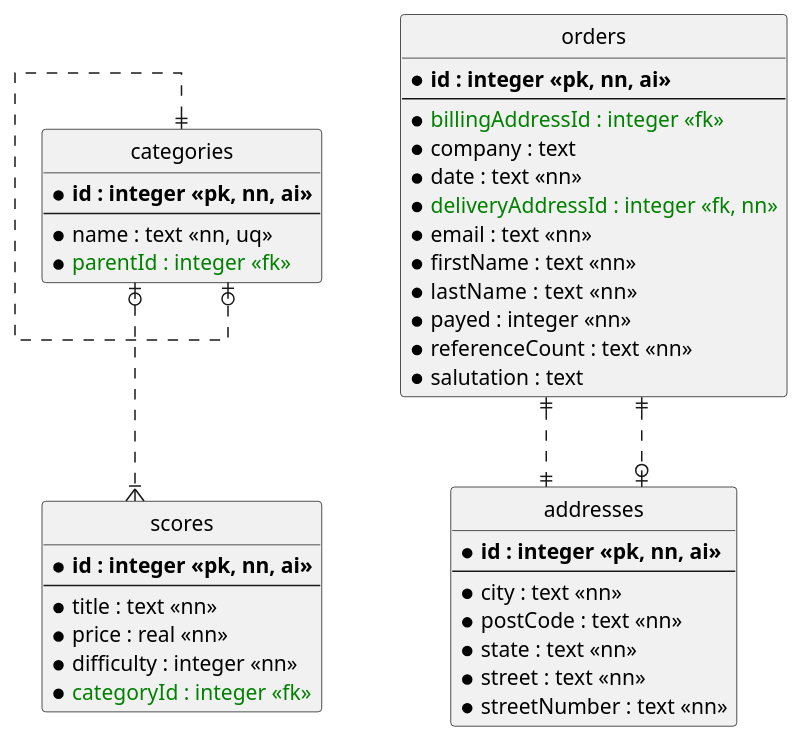
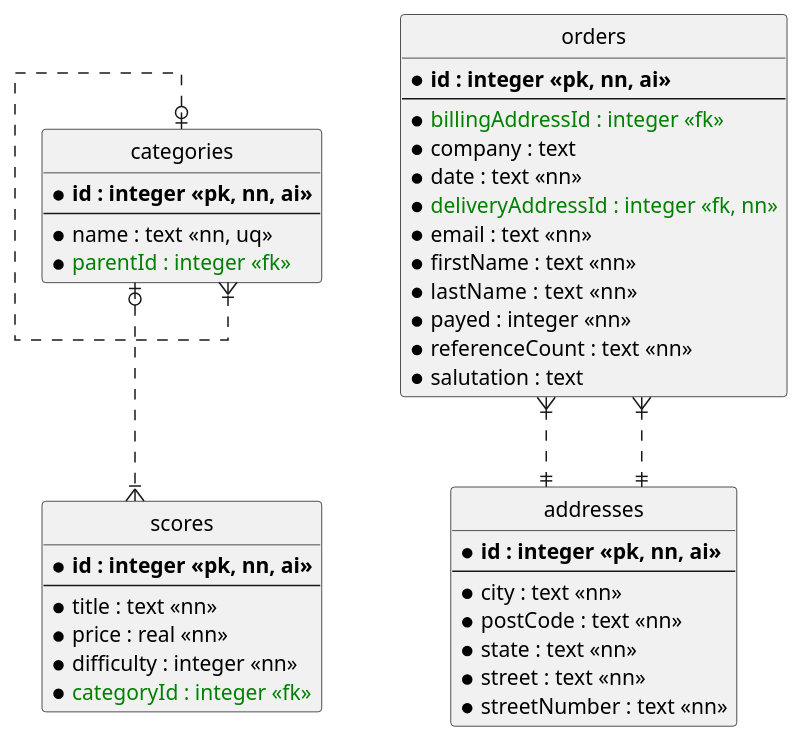
Before and after one commit to mknentwich/core: the diagram in doc/database/database.adoc, drawn with PlantUML.

Commit message:
fixed some relations

```diff
--- a/doc/database/database.adoc
+++ b/doc/database/database.adoc
@@ -8,59 +8,59 @@
 [plantuml, database_model, svg]
 ....
 @startuml
 
 hide circle
 skinparam linetype ortho
 
 ' entities
 
 entity "categories" as cat {
   * **id : integer <<pk, nn, ai>>**
   --
   *name : text <<nn, uq>>
   *<color:green>parentId : integer <<fk>></color>
 }
 
 entity "scores" as sco {
   * **id : integer <<pk, nn, ai>>**
   --
   *title : text <<nn>>
   *price : real <<nn>>
   *difficulty : integer <<nn>>
   *<color:green>categoryId : integer <<fk>></color>
 }
 
 entity "orders" as ord {
   * **id : integer <<pk, nn, ai>>**
   --
   *<color:green>billingAddressId : integer <<fk>></color>
   *company : text
   *date : text <<nn>>
   *<color:green>deliveryAddressId : integer <<fk, nn>></color>
   *email : text <<nn>>
   *firstName : text <<nn>>
   *lastName :  text <<nn>>
   *payed : integer <<nn>>
   *referenceCount : text <<nn>>
   *salutation : text
 }
 
 entity "addresses" as add {
   * **id : integer <<pk, nn, ai>>**
   --
   *city : text <<nn>>
   *postCode : text <<nn>>
   *state : text <<nn>>
   *street : text <<nn>>
   *streetNumber : text <<nn>>
 }
 
 ' relations
 
-cat ||..o| cat
+cat |o..|{ cat
 cat |o..|{ sco
-ord ||..|| add
-ord ||..o| add
+ord }|..|| add
+ord }|..|| add
 
 @enduml
 ....
```
